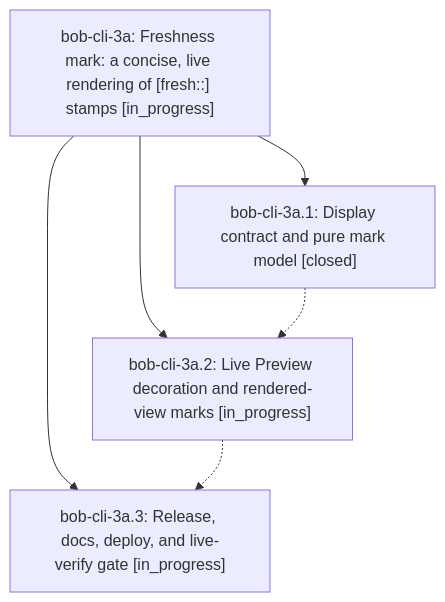
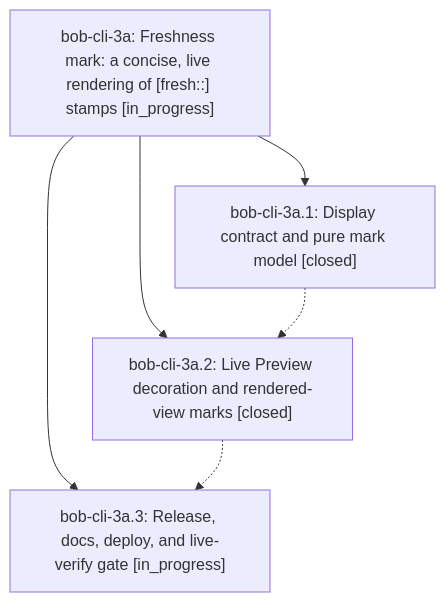
Before and after one commit to bobs-org/bob-cli--beads: the diagram in pages/bob-cli-3a/README.md, drawn with Mermaid. The commit also changed other lines of this file and 3 other files, not shown here.

First line of the commit message:
chore(beads): sync bead state and pages for bob-cli-3a

````diff
--- a/pages/bob-cli-3a/README.md
+++ b/pages/bob-cli-3a/README.md
@@ -24,12 +24,12 @@
 ```mermaid
 flowchart TD
     n0["bob-cli-3a: Freshness mark: a concise, live rendering of [fresh::] stamps [in_progress]"]
     n1["bob-cli-3a.1: Display contract and pure mark model [closed]"]
-    n2["bob-cli-3a.2: Live Preview decoration and rendered-view marks [in_progress]"]
+    n2["bob-cli-3a.2: Live Preview decoration and rendered-view marks [closed]"]
     n3["bob-cli-3a.3: Release, docs, deploy, and live-verify gate [in_progress]"]
     n0 --> n1
     n0 --> n2
     n0 --> n3
     n1 -.-> n2
     n2 -.-> n3
 ```
````
